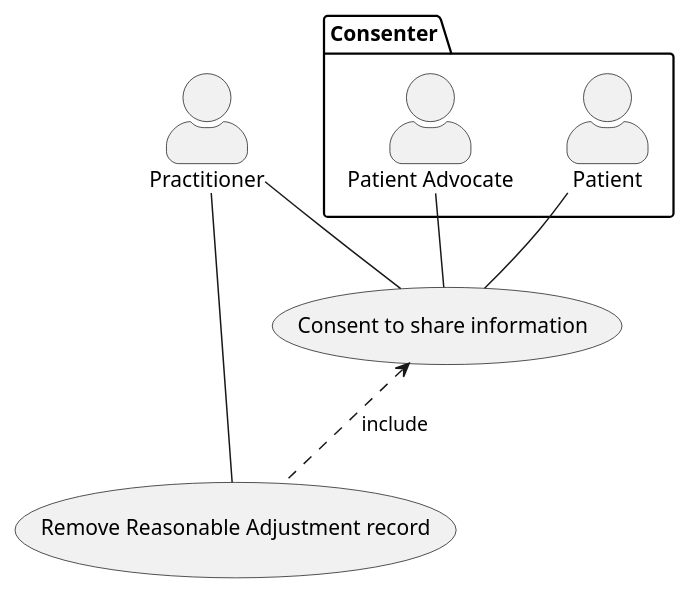
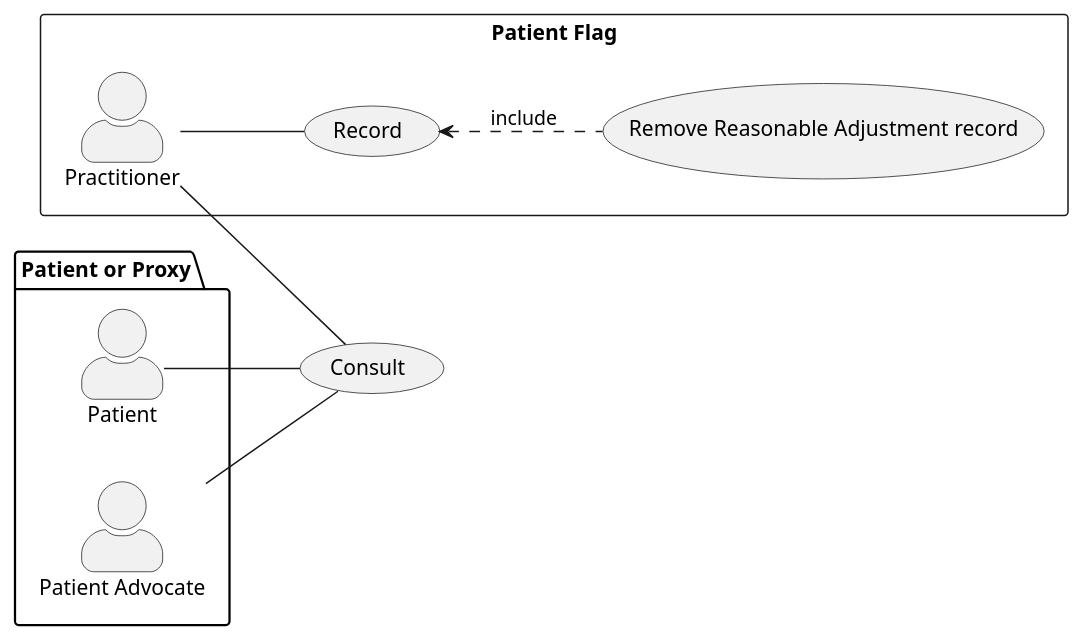
The first of 2 diagrams in NHSEnglandProgrammeImplementationGuides/backup/guides/RA-API/Home/Use-Cases/Remove-Reasonable-Adjustment-Record.page.md (NHSDigital/IOPS-FHIR-Simplifier-Backup), drawn with PlantUML before and after one commit. The commit also changed other lines of this file and 118 other files, not shown here.

```diff
--- a/NHSEnglandProgrammeImplementationGuides/backup/guides/RA-API/Home/Use-Cases/Remove-Reasonable-Adjustment-Record.page.md
+++ b/NHSEnglandProgrammeImplementationGuides/backup/guides/RA-API/Home/Use-Cases/Remove-Reasonable-Adjustment-Record.page.md
@@ -13,21 +12,26 @@
 @startuml
 
 skinparam actorStyle awesome
+left to right direction
 
+rectangle "Patient Flag"{
 actor Practitioner as pra
-package Consenter {
-  actor "Patient Advocate" as pad
-  actor Patient as pat
+usecase "Record" as record
+usecase "Remove Reasonable Adjustment record" as add
 }
 
-usecase  "Consent to share information" as CON
-usecase "Remove Reasonable Adjustment record" as RET
 
-pat -- CON
-pad -- CON
-pra -- CON
-pra -- RET
-CON <.. RET : include
+package "Patient or Proxy" {
+  actor Patient as pat
+  actor "Patient Advocate" as pad
+}
 
+usecase "Consult" as consult
+
+pat -- consult
+pra -- consult
+pad -- consult
+pra -- record
+record <.. add : include
 
 @enduml
```
